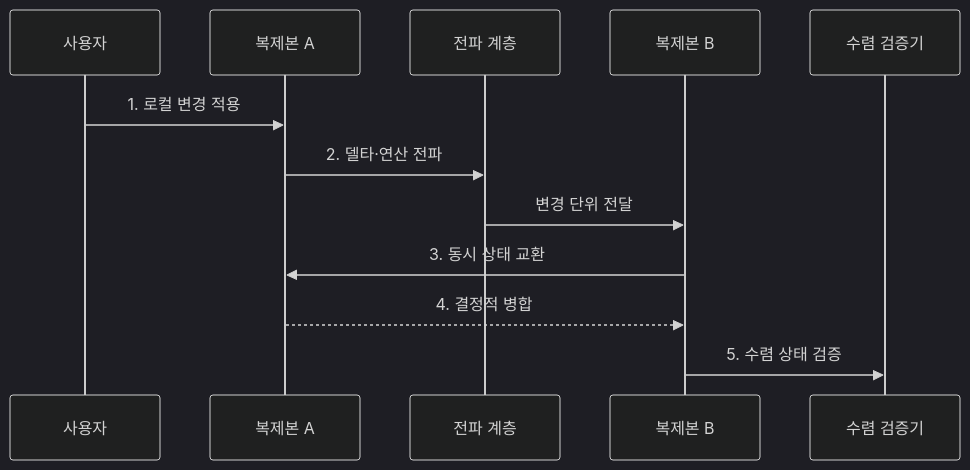
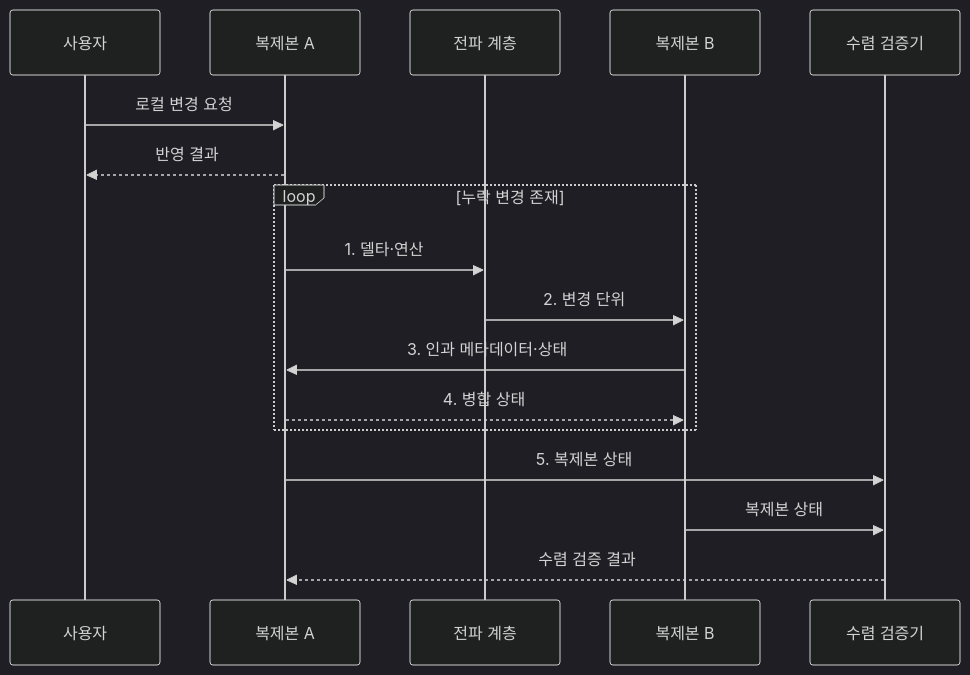
The second of 2 diagrams in src/content/docs/notes/03-software/105_crdt.md (agnusdei1207/knowledge-base), drawn with Mermaid (dark theme) before and after one commit. The commit also changed other lines of this file and 20 other files, not shown here.

````diff
--- a/src/content/docs/notes/03-software/105_crdt.md
+++ b/src/content/docs/notes/03-software/105_crdt.md
@@ -79,14 +88,19 @@
 ```mermaid
 sequenceDiagram
     participant U as 사용자
     participant A as 복제본 A
     participant X as 전파 계층
     participant B as 복제본 B
     participant V as 수렴 검증기
-    U->>A: 1. 로컬 변경 적용
-    A->>X: 2. 델타·연산 전파
-    X->>B: 변경 단위 전달
-    B->>A: 3. 동시 상태 교환
-    A-->>B: 4. 결정적 병합
-    B->>V: 5. 수렴 상태 검증
+    U->>A: 로컬 변경 요청
+    A-->>U: 반영 결과
+    loop 누락 변경 존재
+        A->>X: 1. 델타·연산
+        X->>B: 2. 변경 단위
+        B->>A: 3. 인과 메타데이터·상태
+        A-->>B: 4. 병합 상태
+    end
+    A->>V: 5. 복제본 상태
+    B->>V: 복제본 상태
+    V-->>A: 수렴 검증 결과
 ```
````
